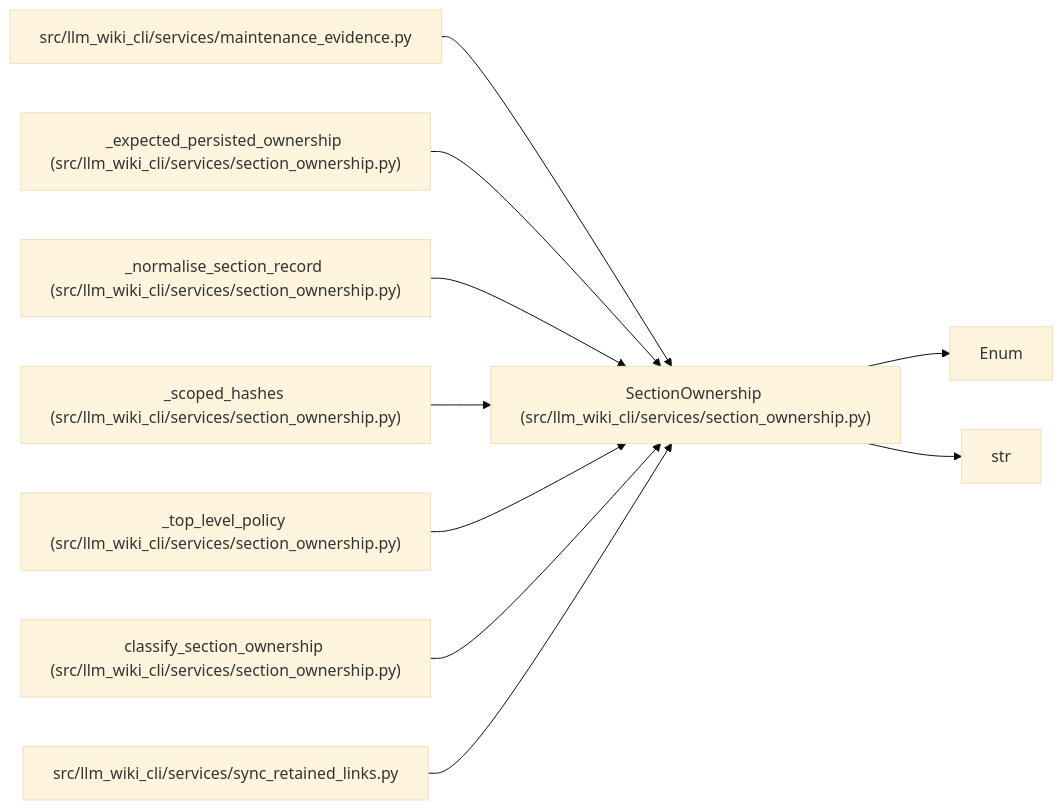
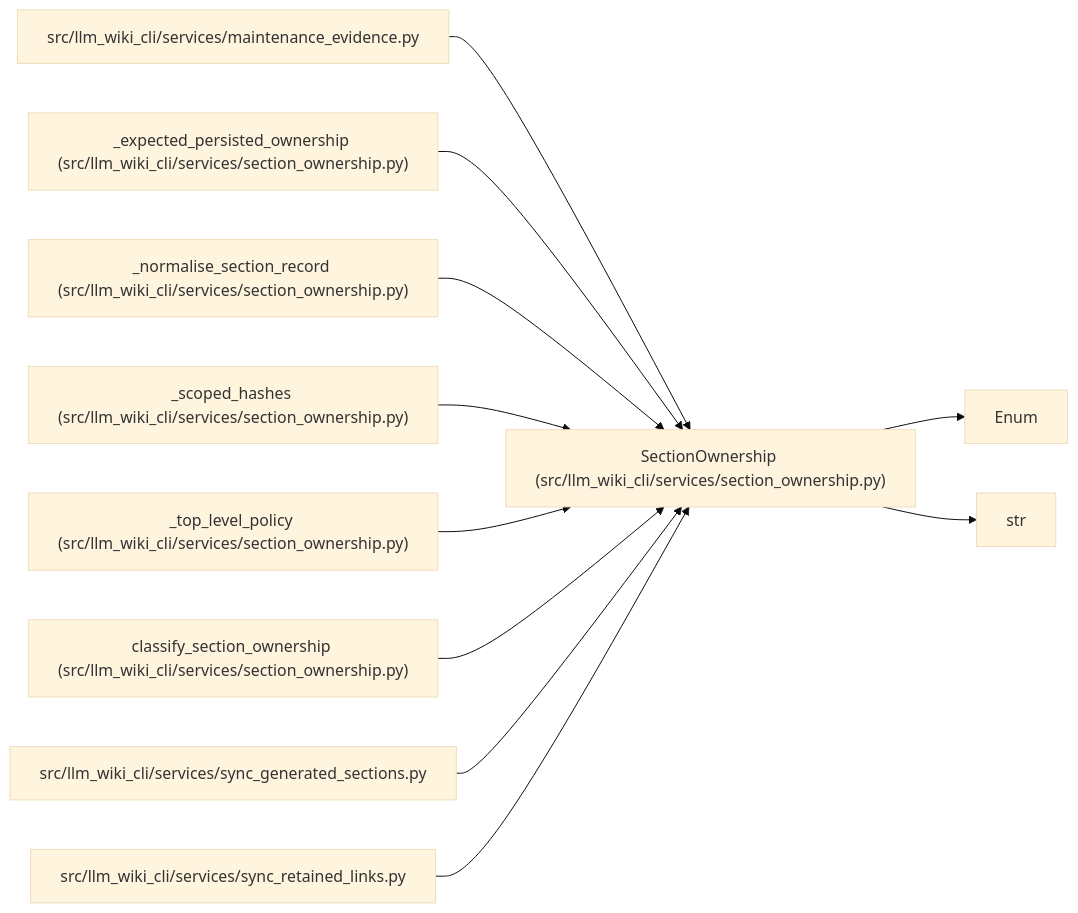
One commit to Denissvgn/python-wiki-llm changed the diagram in docs/llm_wiki/entities/SectionOwnership.md. Above: the diagram before and after it, drawn with Mermaid (base theme). The commit also changed other lines of this file and 370 other files, not shown here.

Commit message:
docs(wiki): Document source-grounded retained section repairs

````diff
--- a/docs/llm_wiki/entities/SectionOwnership.md
+++ b/docs/llm_wiki/entities/SectionOwnership.md
@@ -28,30 +28,33 @@
 ```mermaid
 flowchart LR
     n0["SectionOwnership (src/llm_wiki_cli/services/section_ownership.py)"]
     n1["Enum"]
     n2["str"]
     n3["src/llm_wiki_cli/services/maintenance_evidence.py"]
     n4["_expected_persisted_ownership (src/llm_wiki_cli/services/section_ownership.py)"]
     n5["_normalise_section_record (src/llm_wiki_cli/services/section_ownership.py)"]
     n6["_scoped_hashes (src/llm_wiki_cli/services/section_ownership.py)"]
     n7["_top_level_policy (src/llm_wiki_cli/services/section_ownership.py)"]
     n8["classify_section_ownership (src/llm_wiki_cli/services/section_ownership.py)"]
-    n9["src/llm_wiki_cli/services/sync_retained_links.py"]
+    n9["src/llm_wiki_cli/services/sync_generated_sections.py"]
+    n10["src/llm_wiki_cli/services/sync_retained_links.py"]
     n0 --> n1
     n0 --> n2
     n3 --> n0
     n4 --> n0
     n5 --> n0
     n6 --> n0
     n7 --> n0
     n8 --> n0
     n9 --> n0
+    n10 --> n0
     click n0 "../modules/section_ownership.md"
     click n3 "../modules/maintenance_evidence.md"
     click n4 "../modules/section_ownership.md"
     click n5 "../modules/section_ownership.md"
     click n6 "../modules/section_ownership.md"
     click n7 "../modules/section_ownership.md"
     click n8 "../modules/section_ownership.md"
-    click n9 "../modules/sync_retained_links.md"
+    click n9 "../modules/sync_generated_sections.md"
+    click n10 "../modules/sync_retained_links.md"
 ```
````
